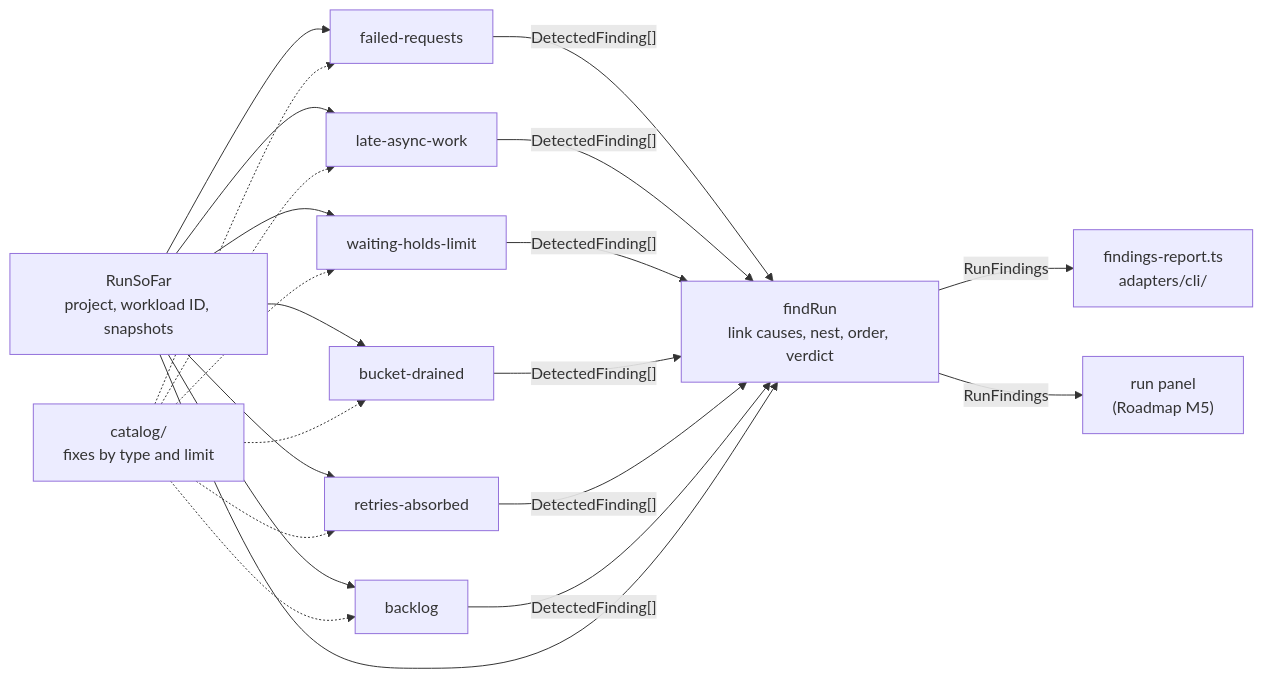
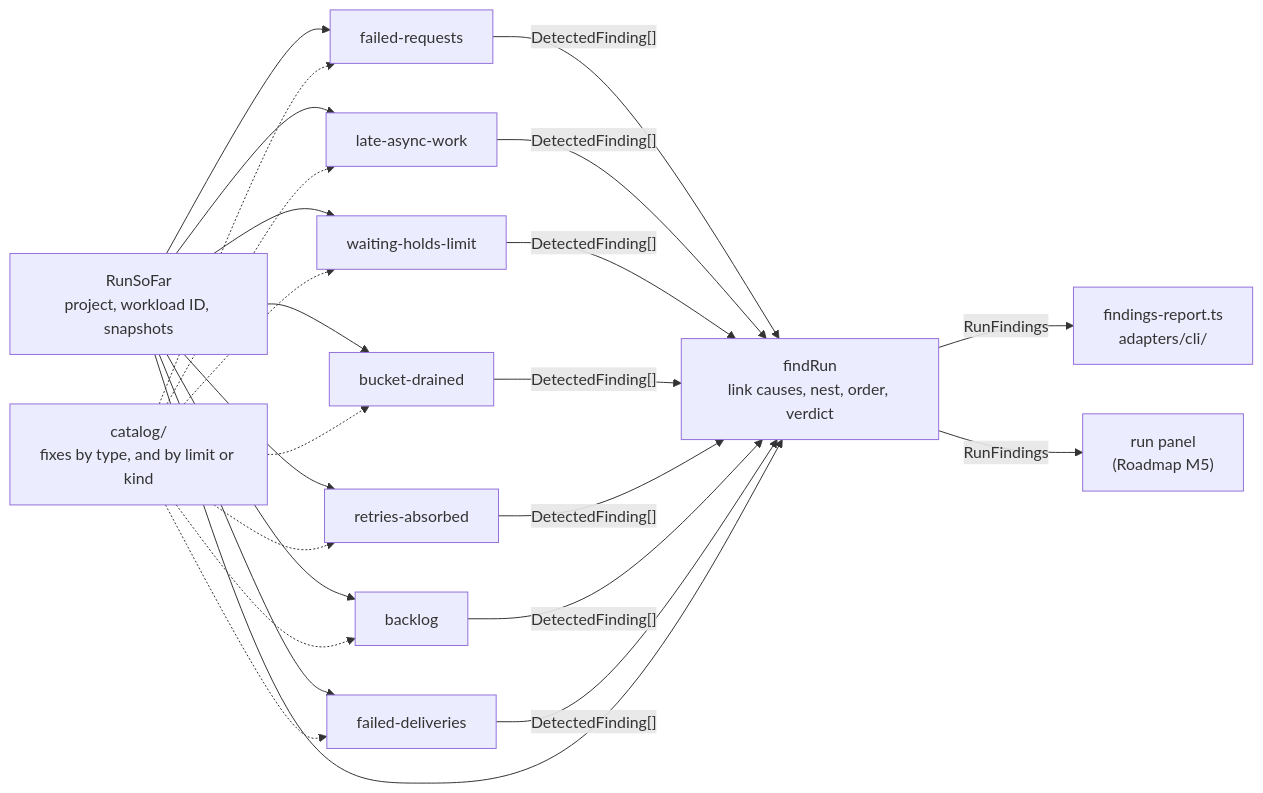
Before and after one commit to alanbickel/wind-tunnel: the diagram in docs/architecture/finding-detectors.md, drawn with Mermaid. The commit also changed other lines of this file and 32 other files, not shown here.

Commit message:
feat(application): add the failed-deliveries finding, and say when a limit ran out without failing a request (#76)

````diff
--- a/docs/architecture/finding-detectors.md
+++ b/docs/architecture/finding-detectors.md
@@ -25,14 +25,15 @@
 ```mermaid
 flowchart LR
     S["RunSoFar<br/>project, workload ID, snapshots"] --> D1["failed-requests"]
     S --> D2["late-async-work"]
     S --> D3["waiting-holds-limit"]
     S --> D4["bucket-drained"]
     S --> D5["retries-absorbed"]
     S --> D6["backlog"]
-    C["catalog/<br/>fixes by type and limit"] -.-> D1 & D2 & D3 & D4 & D5 & D6
-    D1 & D2 & D3 & D4 & D5 & D6 -->|"DetectedFinding[]"| F["findRun<br/>link causes, nest, order, verdict"]
+    S --> D7["failed-deliveries"]
+    C["catalog/<br/>fixes by type, and by limit or kind"] -.-> D1 & D2 & D3 & D4 & D5 & D6 & D7
+    D1 & D2 & D3 & D4 & D5 & D6 & D7 -->|"DetectedFinding[]"| F["findRun<br/>link causes, nest, order, verdict"]
     S --> F
     F -->|"RunFindings"| CLI["findings-report.ts<br/>adapters/cli/"]
     F -->|"RunFindings"| UI["run panel<br/>(Roadmap M5)"]
 ```
````
